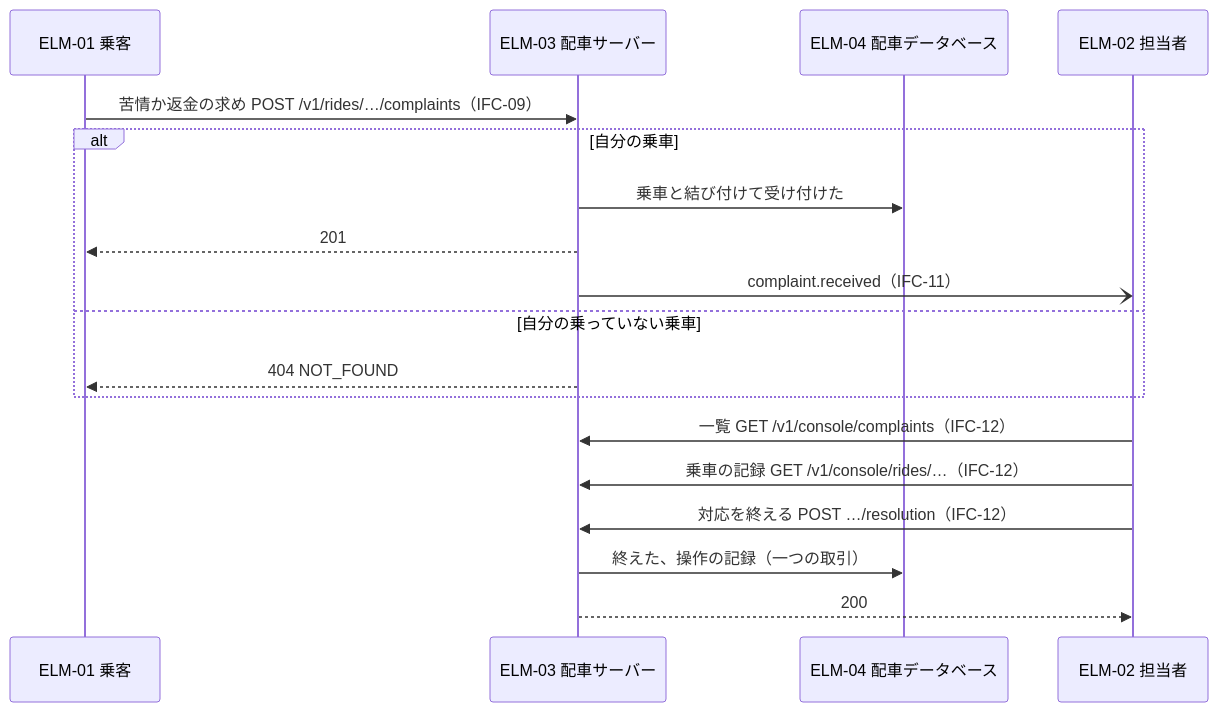
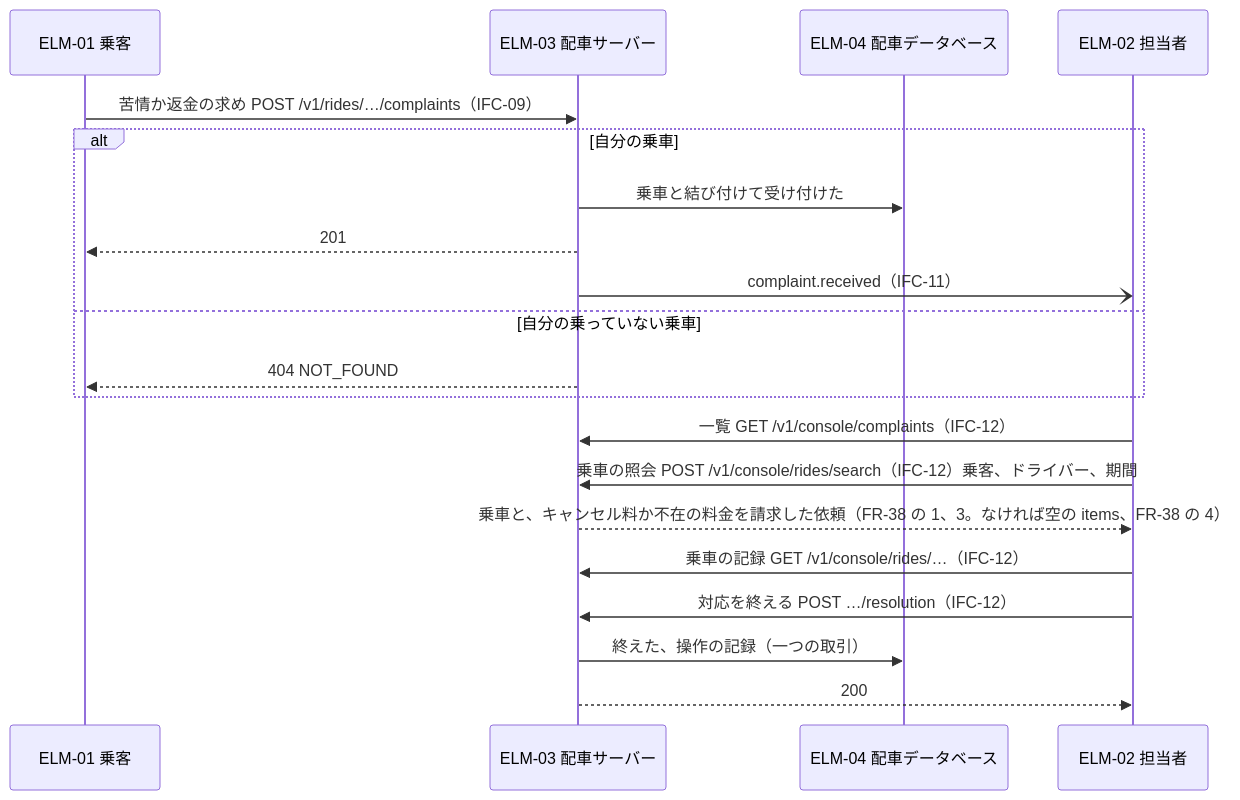
Before and after one commit to Taro000/ride-hailing-app-demo: diagram 18 of 57 in docs/design/3-high-level-design.md, drawn with Mermaid. The commit also changed other lines of this file and 51 other files, not shown here.

````diff
--- a/docs/design/3-high-level-design.md
+++ b/docs/design/3-high-level-design.md
@@ -637,20 +713,22 @@
 ```mermaid
 sequenceDiagram
   participant P as ELM-01 乗客
   participant S as ELM-03 配車サーバー
   participant DB as ELM-04 配車データベース
   participant O as ELM-02 担当者
   P->>S: 苦情か返金の求め POST /v1/rides/…/complaints（IFC-09）
   alt 自分の乗車
     S->>DB: 乗車と結び付けて受け付けた
     S-->>P: 201
     S-)O: complaint.received（IFC-11）
   else 自分の乗っていない乗車
     S-->>P: 404 NOT_FOUND
   end
   O->>S: 一覧 GET /v1/console/complaints（IFC-12）
+  O->>S: 乗車の照会 POST /v1/console/rides/search（IFC-12）乗客、ドライバー、期間
+  S-->>O: 乗車と、キャンセル料か不在の料金を請求した依頼（FR-38 の 1、3。なければ空の items、FR-38 の 4）
   O->>S: 乗車の記録 GET /v1/console/rides/…（IFC-12）
   O->>S: 対応を終える POST …/resolution（IFC-12）
   S->>DB: 終えた、操作の記録（一つの取引）
   S-->>O: 200
 ```
````
